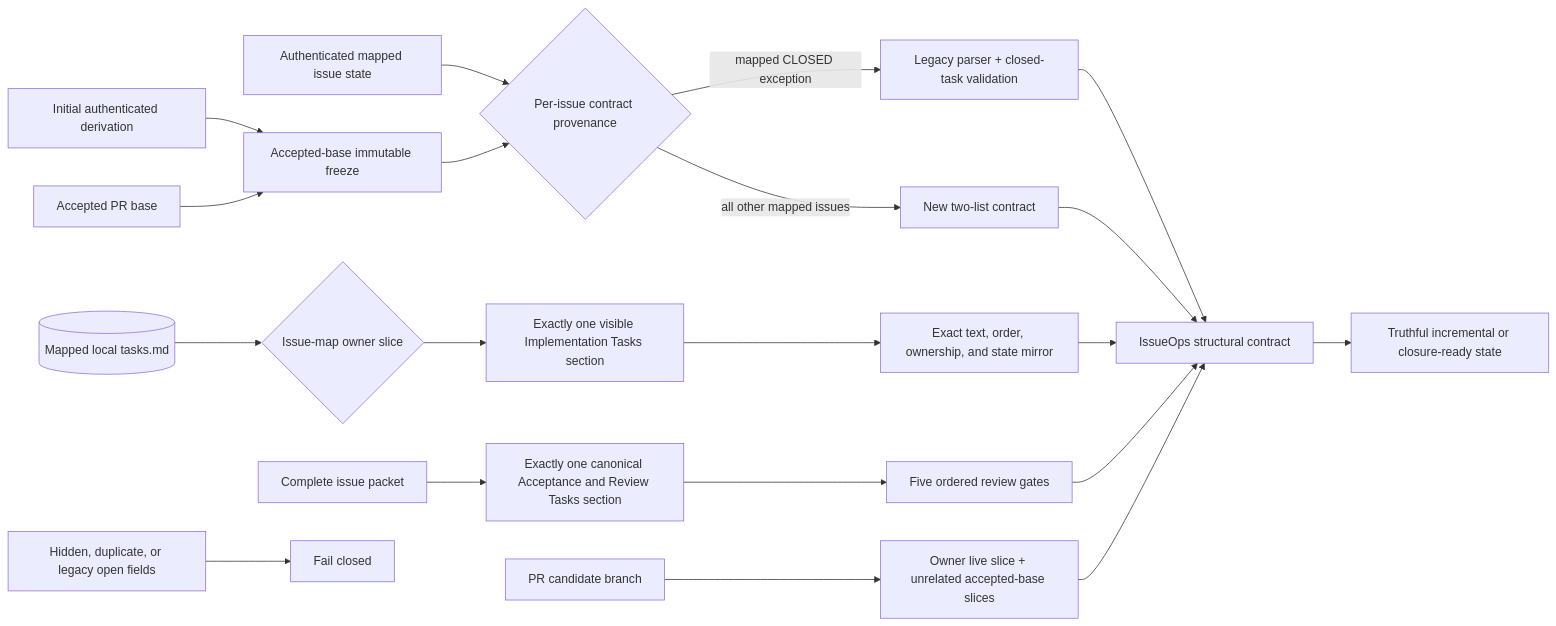
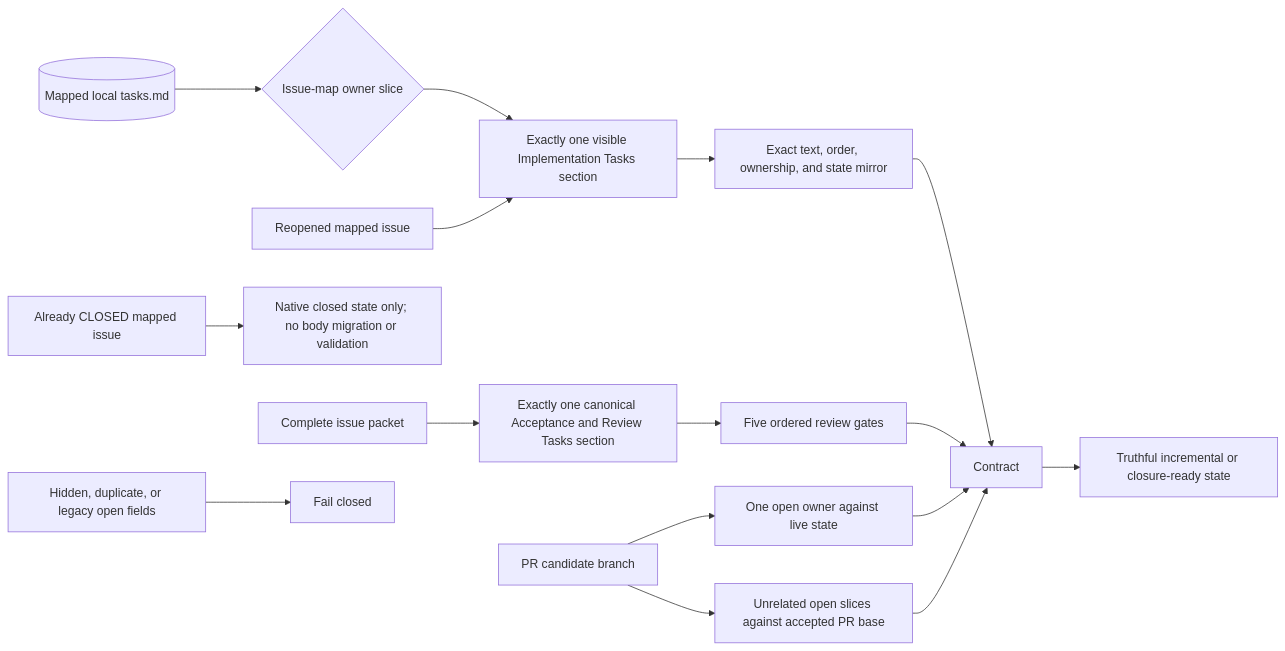
One commit to styler-ai/ProjectAtlas changed the first of 27 diagrams in docs/v050-release-architecture.md. Above: the diagram before and after it, drawn with Mermaid. The commit also changed 11 other files, not shown here.

Commit message:
fix(issueops): simplify closed issue handling (#517)

````diff
--- a/docs/v050-release-architecture.md
+++ b/docs/v050-release-architecture.md
@@ -7,22 +7,18 @@
 ```mermaid
 flowchart LR
     LocalTasks[(Mapped local tasks.md)] --> OwnerSlice{Issue-map owner slice}
-    IssueState[Authenticated mapped issue state] --> Provenance{Per-issue contract provenance}
-    Initial[Initial authenticated derivation] --> Freeze[Accepted-base immutable freeze]
-    AcceptedBase[Accepted PR base] --> Freeze
-    Freeze --> Provenance
     OwnerSlice --> Implementation[Exactly one visible Implementation Tasks section]
     IssuePacket[Complete issue packet] --> Acceptance[Exactly one canonical Acceptance and Review Tasks section]
-    Provenance -->|mapped CLOSED exception| Legacy[Legacy parser + closed-task validation]
-    Provenance -->|all other mapped issues| New[New two-list contract]
-    Legacy --> Contract[IssueOps structural contract]
-    New --> Contract
     Implementation --> Sync[Exact text, order, ownership, and state mirror]
     Acceptance --> Gates[Five ordered review gates]
     Sync --> Contract
     Gates --> Contract
-    PR[PR candidate branch] --> Branch[Owner live slice + unrelated accepted-base slices]
-    Branch --> Contract
+    PR[PR candidate branch] --> Owner[One open owner against live state]
+    PR --> Base[Unrelated open slices against accepted PR base]
+    Owner --> Contract
+    Base --> Contract
+    Closed[Already CLOSED mapped issue] --> Inert[Native closed state only; no body migration or validation]
+    Reopened[Reopened mapped issue] --> Implementation
     Hidden[Hidden, duplicate, or legacy open fields] --> Reject[Fail closed]
     Contract --> Ready[Truthful incremental or closure-ready state]
 ```
````
